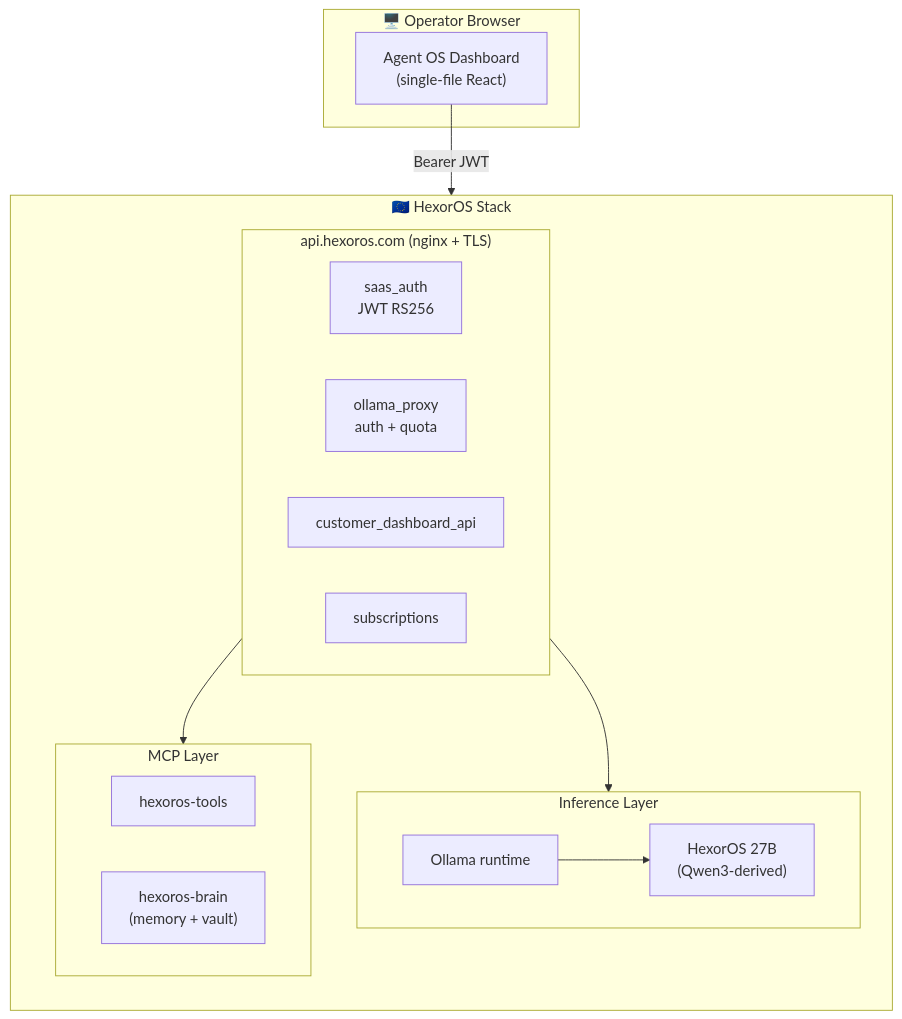
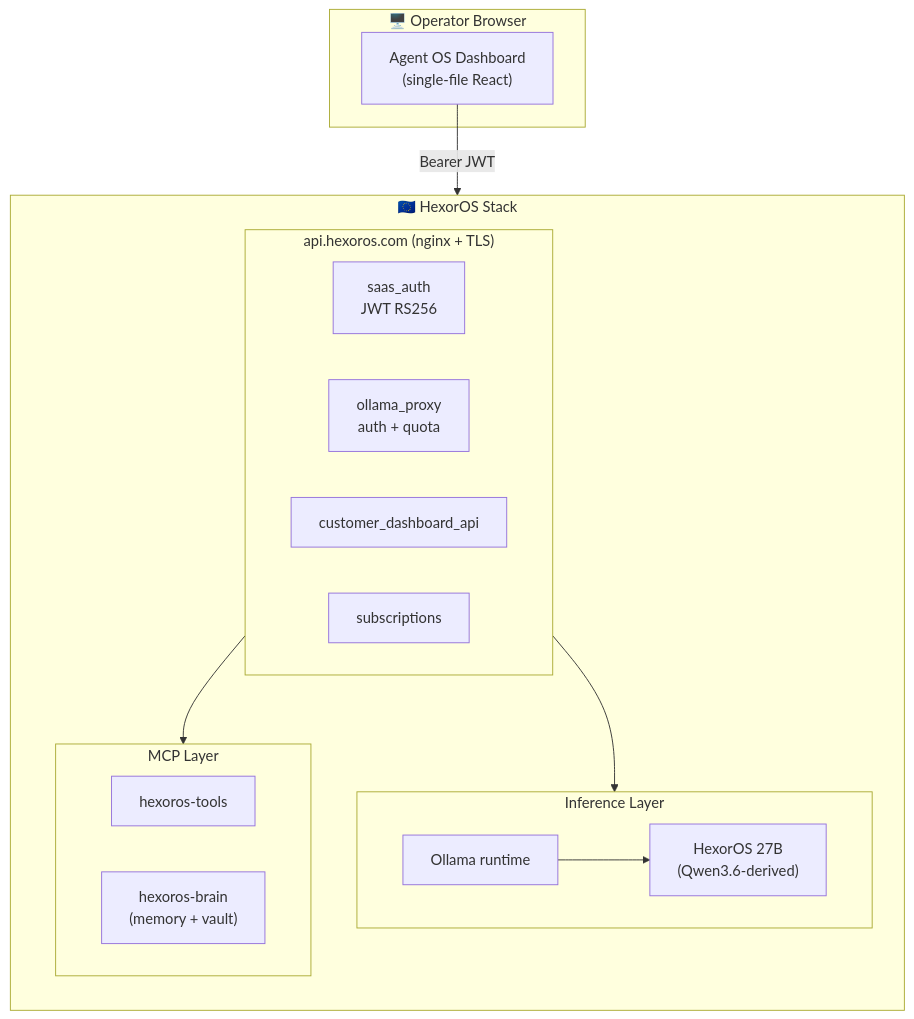
The diagram in ARCHITECTURE.md (HexorOS/hexoros-agent-os), drawn with Mermaid before and after one commit. The commit also changed 1 other file, not shown here.

Commit message:
Update model references to Qwen3.6 in README and ARCHITECTURE

````diff
--- a/ARCHITECTURE.md
+++ b/ARCHITECTURE.md
@@ -9,31 +9,31 @@
 ```mermaid
 flowchart TB
     subgraph Browser["🖥️  Operator Browser"]
         UI["Agent OS Dashboard<br/>(single-file React)"]
     end
 
     subgraph HexorOS["🇪🇺  HexorOS Stack"]
         direction TB
         subgraph Gateway["api.hexoros.com (nginx + TLS)"]
             AUTH["saas_auth<br/>JWT RS256"]
             PROXY["ollama_proxy<br/>auth + quota"]
             DASH["customer_dashboard_api"]
             SUBS["subscriptions"]
         end
 
         subgraph Inference["Inference Layer"]
             OLLAMA["Ollama runtime"]
-            MODEL["HexorOS 27B<br/>(Qwen3-derived)"]
+            MODEL["HexorOS 27B<br/>(Qwen3.6-derived)"]
         end
 
         subgraph MCP["MCP Layer"]
             TOOLS["hexoros-tools"]
             BRAIN["hexoros-brain<br/>(memory + vault)"]
         end
     end
 
     UI -- "Bearer JWT" --> Gateway
     Gateway --> Inference
     Gateway --> MCP
     OLLAMA --> MODEL
 ```
````
